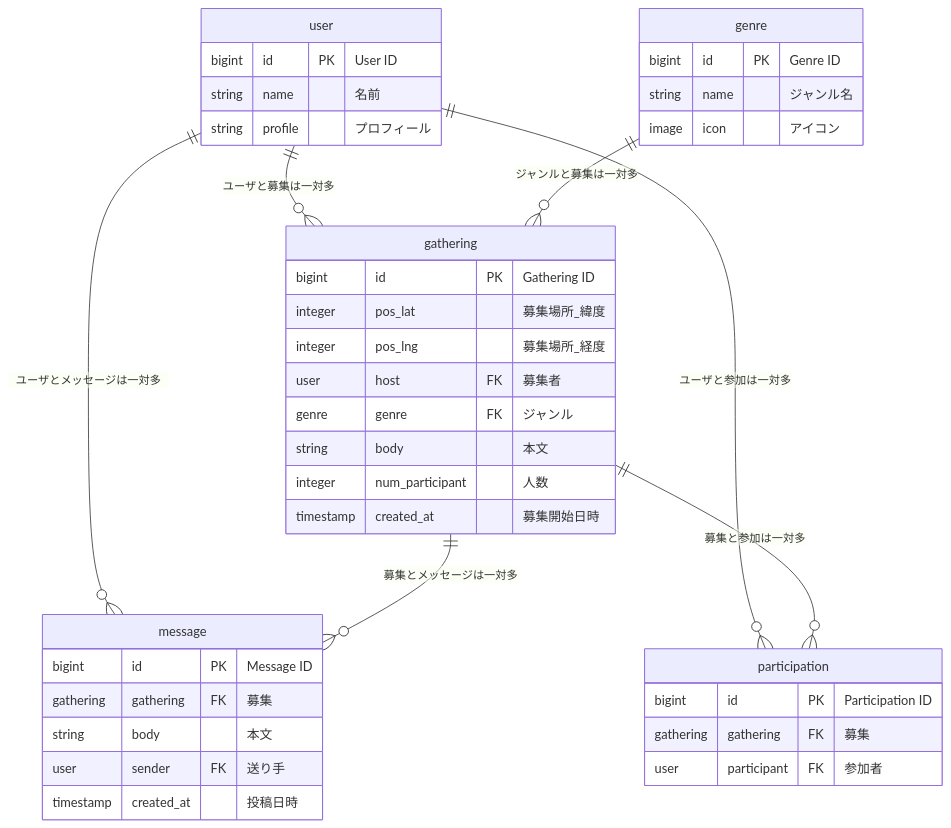
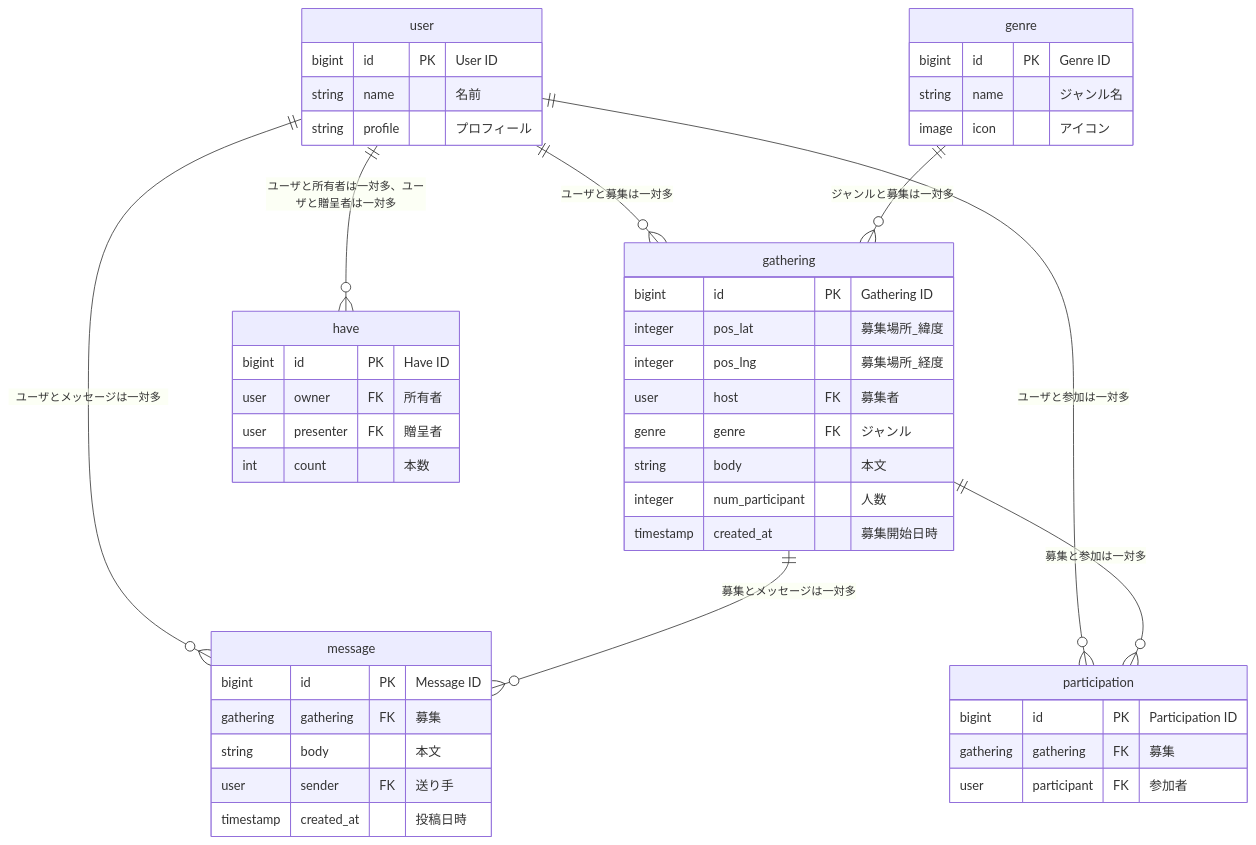
The diagram in README.md (team-yurubo/yuruboo), drawn with Mermaid before and after one commit.

Commit message:
Improve ER diagram

````diff
--- a/README.md
+++ b/README.md
@@ -5,46 +5,54 @@
 ```mermaid
 erDiagram
   user ||--o{ gathering : "ユーザと募集は一対多"
   user ||--o{ message : "ユーザとメッセージは一対多"
   user ||--o{ participation : "ユーザと参加は一対多"
+  user ||--o{ have : "ユーザと所有者は一対多、ユーザと贈呈者は一対多"
   genre ||--o{ gathering : "ジャンルと募集は一対多"
   gathering ||--o{ message : "募集とメッセージは一対多"
   gathering ||--o{ participation : "募集と参加は一対多"
   
   user {
     bigint id PK "User ID"
     string name "名前"
     string profile "プロフィール"
   }
 
   genre {
     bigint id PK "Genre ID"
     string name "ジャンル名"
     image icon "アイコン"
   }
 
   gathering {
     bigint id PK "Gathering ID"
     integer pos_lat "募集場所_緯度"
     integer pos_lng "募集場所_経度"
     user host FK "募集者"
     genre genre FK "ジャンル"
     string body "本文"
     integer num_participant "人数"
     timestamp created_at "募集開始日時"
   }
 
   message {
     bigint id PK "Message ID"
     gathering gathering FK "募集"
     string body "本文"
     user sender FK "送り手"
     timestamp created_at "投稿日時"
   }
 
   participation {
     bigint id PK "Participation ID"
     gathering gathering FK "募集"
     user participant FK "参加者"
   }
+
+  have {
+    bigint id PK "Have ID"
+    user owner FK "所有者"
+    user presenter FK "贈呈者"
+    int count "本数"
+  }
 ```
````
